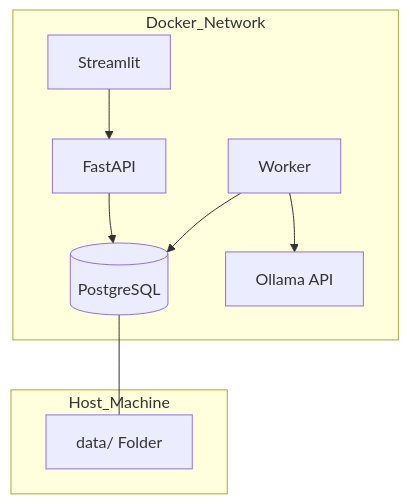
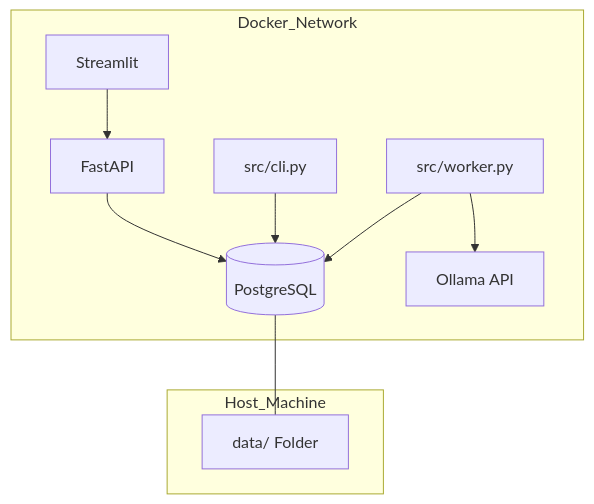
One commit to manoel-roberto/lab_scrapy changed the diagram in docs/04-infraestrutura-e-operacoes.md. Above: the diagram before and after it, drawn with Mermaid. The commit also changed other lines of this file and 4 other files, not shown here.

````diff
--- a/docs/04-infraestrutura-e-operacoes.md
+++ b/docs/04-infraestrutura-e-operacoes.md
@@ -51,18 +54,20 @@
 ```mermaid
 graph TD
     subgraph Host_Machine
         D[data/ Folder]
     end
     subgraph Docker_Network
         db[(PostgreSQL)]
         ollama[Ollama API]
-        worker[Worker]
+        worker[src/worker.py]
         api[FastAPI]
         ui[Streamlit]
+        cli[src/cli.py]
     end
     db --- D
     worker --> db
     worker --> ollama
+    cli --> db
     api --> db
     ui --> api
 ```
````
